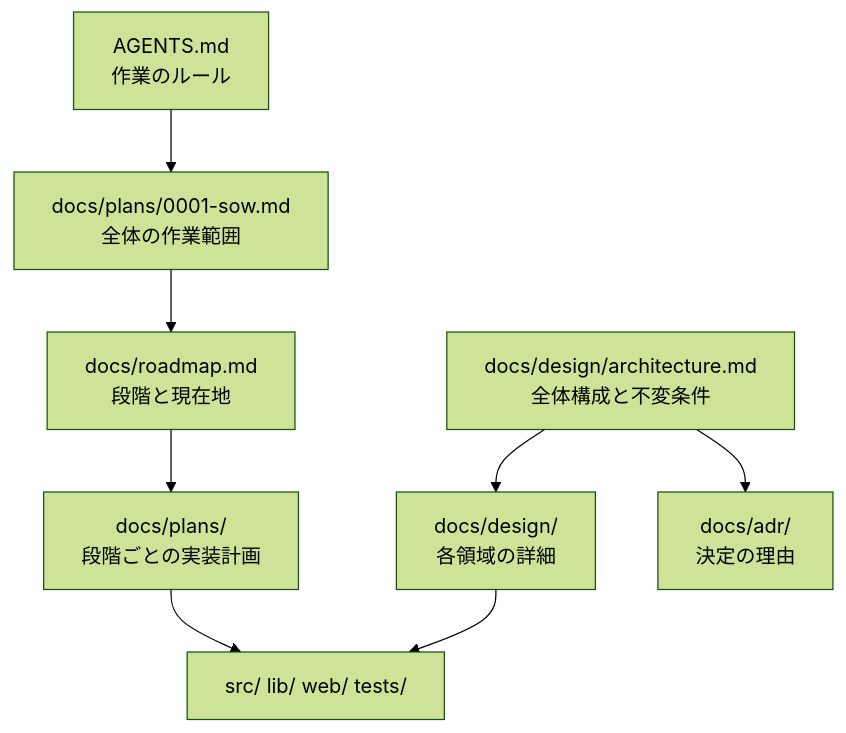
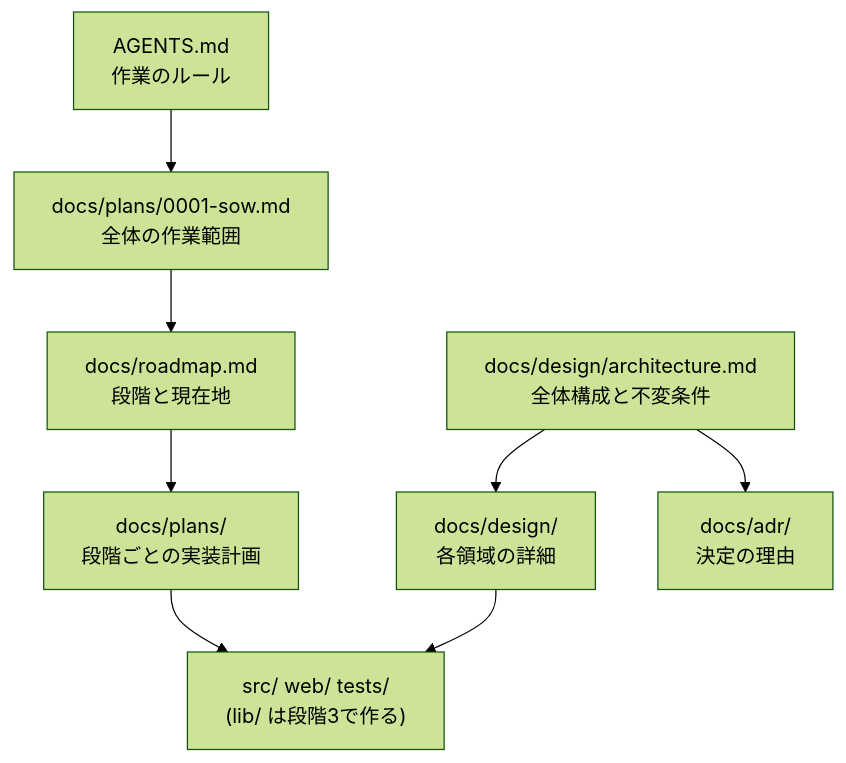
One commit to suchi/sucheme-zig changed the diagram in docs/onboarding.md. Above: the diagram before and after it, drawn with Mermaid (forest theme). The commit also changed other lines of this file and 29 other files, not shown here.

````diff
--- a/docs/onboarding.md
+++ b/docs/onboarding.md
@@ -35,10 +35,10 @@
 ```mermaid
 flowchart TB
     agents["AGENTS.md<br/>作業のルール"] --> sow["docs/plans/0001-sow.md<br/>全体の作業範囲"]
     sow --> roadmap["docs/roadmap.md<br/>段階と現在地"]
     roadmap --> plan["docs/plans/<br/>段階ごとの実装計画"]
     arch["docs/design/architecture.md<br/>全体構成と不変条件"] --> detail["docs/design/<br/>各領域の詳細"]
     arch --> adr["docs/adr/<br/>決定の理由"]
-    plan --> code["src/ lib/ web/ tests/"]
+    plan --> code["src/ web/ tests/<br/>(lib/ は段階3で作る)"]
     detail --> code
 ```
````
